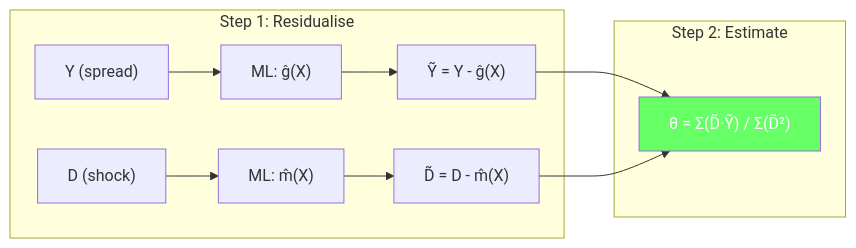
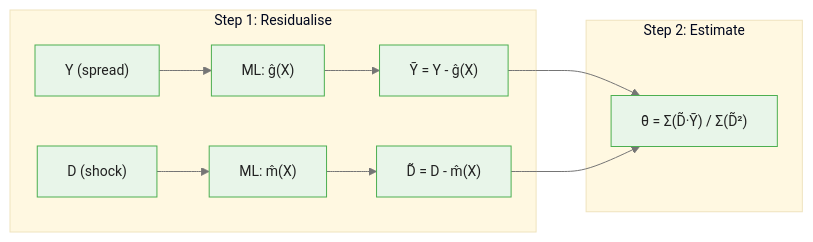
Before and after one commit to m-deane/course-creator: the first of 2 diagrams in courses/double-machine-learning/modules/module_02_orthogonalisation/guides/01_orthogonalisation_trick_slides.md, drawn with Mermaid. The commit also changed other lines of this file and 40 other files, not shown here.

````diff
--- a/courses/double-machine-learning/modules/module_02_orthogonalisation/guides/01_orthogonalisation_trick_slides.md
+++ b/courses/double-machine-learning/modules/module_02_orthogonalisation/guides/01_orthogonalisation_trick_slides.md
@@ -33,14 +39,14 @@
 ```mermaid
+%%{init: {"theme": "base", "themeVariables": {"primaryColor": "#e8f5e9", "primaryBorderColor": "#4caf50", "primaryTextColor": "#212121", "secondaryColor": "#e3f2fd", "tertiaryColor": "#fff8e1", "lineColor": "#757575", "fontFamily": "Inter, sans-serif", "fontSize": "14px"}}}%%
 flowchart LR
     subgraph Step1["Step 1: Residualise"]
         Y["Y (spread)"] --> ML_Y["ML: ĝ(X)"]
         ML_Y --> RY["Ỹ = Y - ĝ(X)"]
         D["D (shock)"] --> ML_D["ML: m̂(X)"]
         ML_D --> RD["D̃ = D - m̂(X)"]
     end
     subgraph Step2["Step 2: Estimate"]
         RY --> OLS["θ̂ = Σ(D̃·Ỹ) / Σ(D̃²)"]
         RD --> OLS
     end
-    style OLS fill:#6f6,color:#fff
 ```
````
